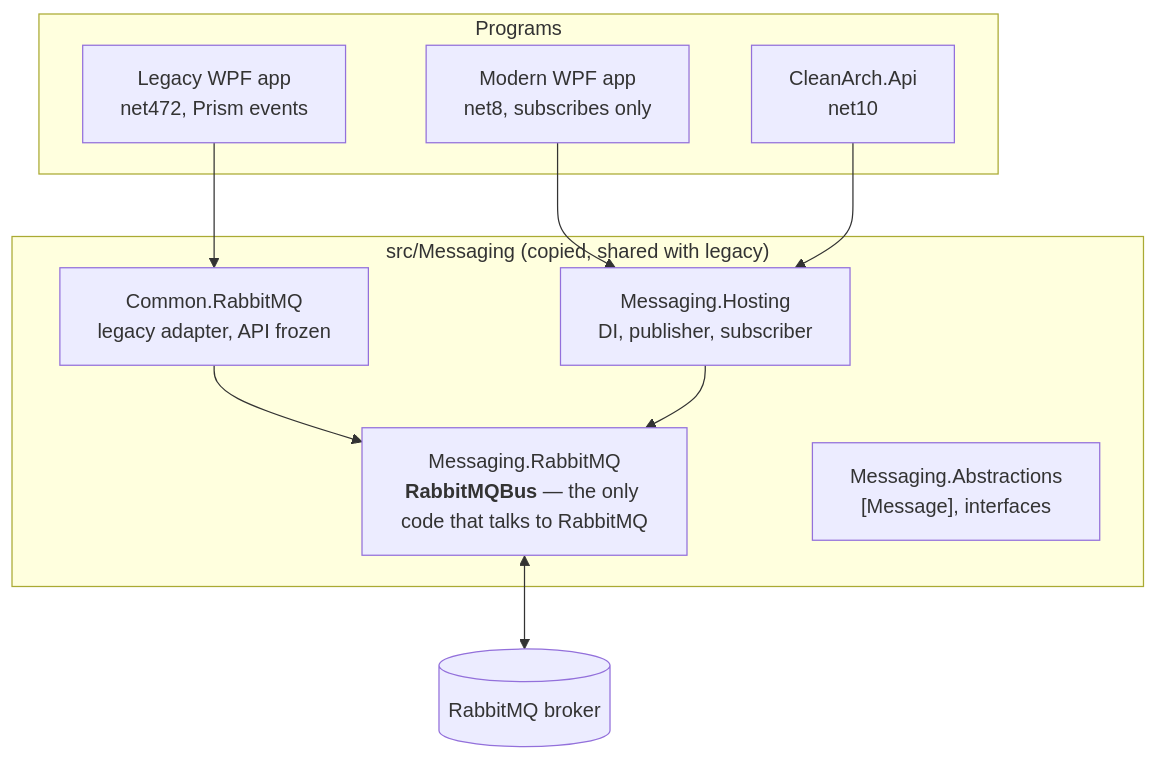
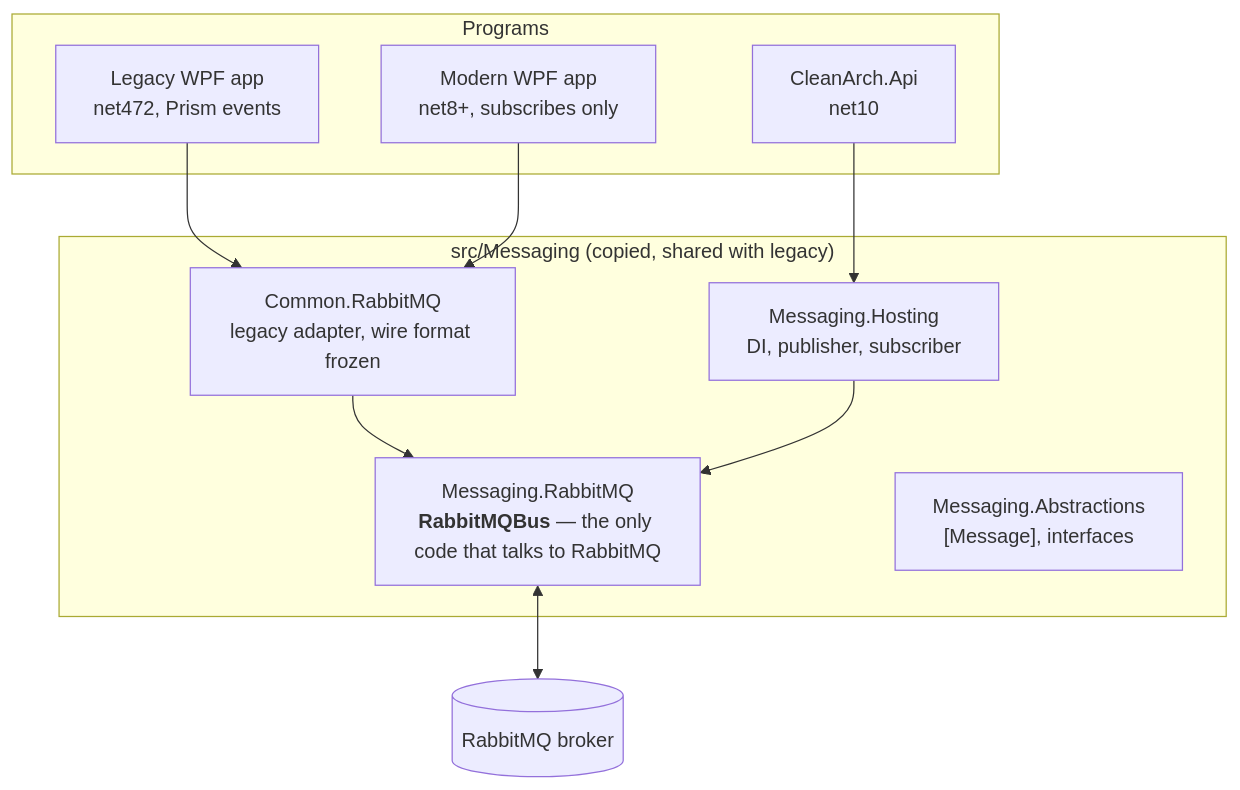
Before and after one commit to ncowine/CleanArchitecture: the first of 2 diagrams in tutorials/67-messaging-with-rabbitmq.md, drawn with Mermaid. The commit also changed other lines of this file and 71 other files, not shown here.

````diff
--- a/tutorials/67-messaging-with-rabbitmq.md
+++ b/tutorials/67-messaging-with-rabbitmq.md
@@ -157,19 +157,19 @@
 ```mermaid
 flowchart TB
     subgraph Apps["Programs"]
         L["Legacy WPF app<br/>net472, Prism events"]
-        W["Modern WPF app<br/>net8, subscribes only"]
+        W["Modern WPF app<br/>net8+, subscribes only"]
         A["CleanArch.Api<br/>net10"]
     end
     subgraph Msg["src/Messaging (copied, shared with legacy)"]
-        AD["Common.RabbitMQ<br/>legacy adapter, API frozen"]
+        AD["Common.RabbitMQ<br/>legacy adapter, wire format frozen"]
         H["Messaging.Hosting<br/>DI, publisher, subscriber"]
         E["Messaging.RabbitMQ<br/><b>RabbitMQBus</b> — the only code that talks to RabbitMQ"]
         AB["Messaging.Abstractions<br/>[Message], interfaces"]
     end
     B[("RabbitMQ broker")]
     L --> AD --> E
-    W --> H --> E
-    A --> H
+    W --> AD
+    A --> H --> E
     E <--> B
 ```
````
